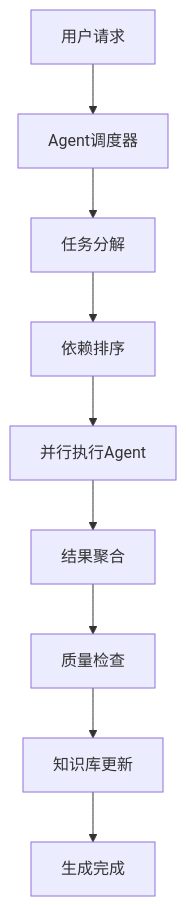
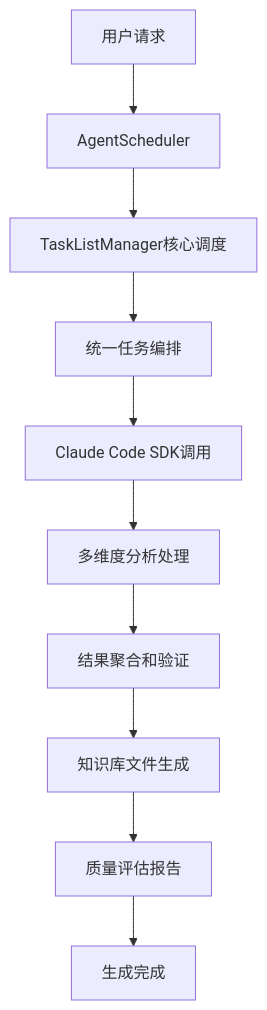
One commit to IronRookieCoder/RepoMind changed the diagram in README.md. Above: the diagram before and after it, drawn with Mermaid. The commit also changed other lines of this file and 8 other files, not shown here.

````diff
--- a/README.md
+++ b/README.md
@@ -164,11 +180,12 @@
 ```mermaid
 flowchart TD
-    A[用户请求] --> B[Agent调度器]
-    B --> C[任务分解]
-    C --> D[依赖排序]
-    D --> E[并行执行Agent]
-    E --> F[结果聚合]
-    F --> G[质量检查]
-    G --> H[知识库更新]
-    H --> I[生成完成]
+    A[用户请求] --> B[AgentScheduler]
+    B --> C[TaskListManager核心调度]
+    C --> D[统一任务编排]
+    D --> E[Claude Code SDK调用]
+    E --> F[多维度分析处理]
+    F --> G[结果聚合和验证]
+    G --> H[知识库文件生成]
+    H --> I[质量评估报告]
+    I --> J[生成完成]
 ```
````
